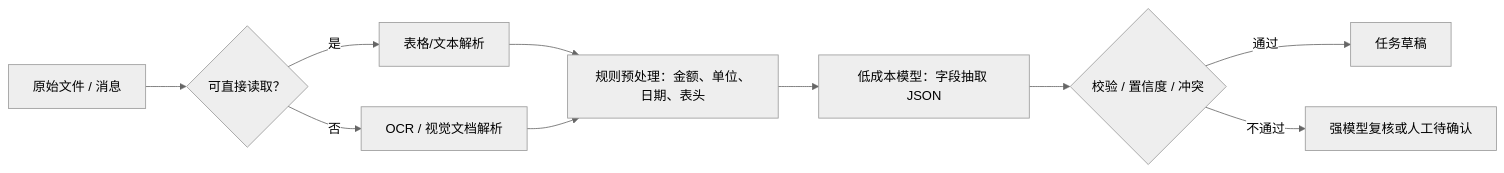
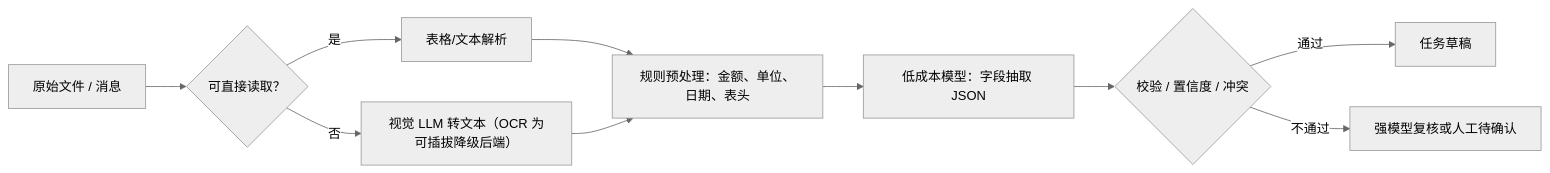
The second of 7 diagrams in public/HELPBUY_总体设计.md (JacksonYangrs/helpbuy-ai-procurement), drawn with Mermaid (neutral theme) before and after one commit. The commit also changed other lines of this file and 3 other files, not shown here.

Commit message:
fix: mermaid 图字号/尺寸放大(18px、原始尺寸不压缩、CSS兜底);总体设计§5.2/§7 图片识别路线对齐AI方案(视觉LLM默认、OCR仅降级后端)

````diff
--- a/public/HELPBUY_总体设计.md
+++ b/public/HELPBUY_总体设计.md
@@ -172,12 +174,12 @@
 ```mermaid
 flowchart LR
     A["原始文件 / 消息"] --> B{"可直接读取？"}
     B -->|是| C["表格/文本解析"]
-    B -->|否| D["OCR / 视觉文档解析"]
+    B -->|否| D["视觉 LLM 转文本（OCR 为可插拔降级后端）"]
     C --> E["规则预处理：金额、单位、日期、表头"]
     D --> E
     E --> F["低成本模型：字段抽取 JSON"]
     F --> G{"校验 / 置信度 / 冲突"}
     G -->|通过| H["任务草稿"]
     G -->|不通过| I["强模型复核或人工待确认"]
 ```
````
